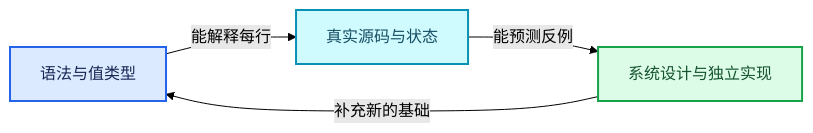
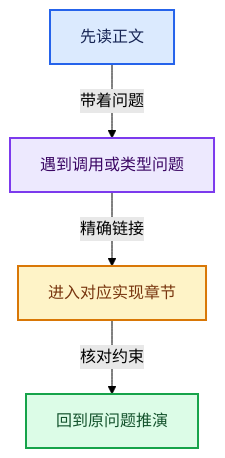
The second of 2 diagrams in 杂/markdown/全面学习-codex/README.md (yunkezengren/blender-.vscode), drawn with Mermaid (forest theme) before and after one commit. The commit also changed other lines of this file and 3731 other files, not shown here.

````diff
--- a/杂/markdown/全面学习-codex/README.md
+++ b/杂/markdown/全面学习-codex/README.md
@@ -66,15 +51,16 @@
 ```mermaid
-flowchart LR
-  A["语法与值类型"]:::input
-  B["真实源码与状态"]:::data
-  C["系统设计与独立实现"]:::result
-  A -->|"能解释每行"| B
-  B -->|"能预测反例"| C
-  C -->|"补充新的基础"| A
+flowchart TB
+  A["先读正文"]:::input
+  B["遇到调用或类型问题"]:::abstraction
+  C["进入对应实现章节"]:::compute
+  D["回到原问题推演"]:::result
+  A -->|"带着问题"| B
+  B -->|"精确链接"| C
+  C -->|"核对约束"| D
   classDef input fill:#DBEAFE,stroke:#2563EB,color:#172554,stroke-width:2px;
   classDef data fill:#CFFAFE,stroke:#0891B2,color:#164E63,stroke-width:2px;
   classDef abstraction fill:#EDE9FE,stroke:#7C3AED,color:#3B0764,stroke-width:2px;
   classDef compute fill:#FEF3C7,stroke:#D97706,color:#78350F,stroke-width:2px;
   classDef result fill:#DCFCE7,stroke:#16A34A,color:#14532D,stroke-width:2px;
   classDef error fill:#FEE2E2,stroke:#DC2626,color:#7F1D1D,stroke-width:2px;
 ```
````
